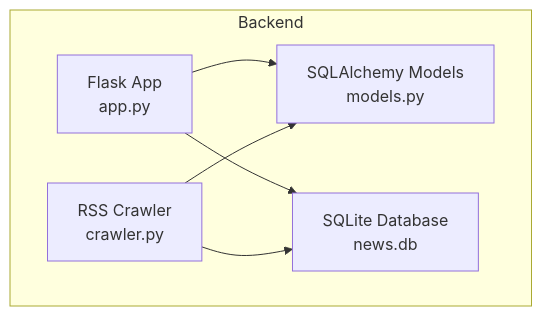
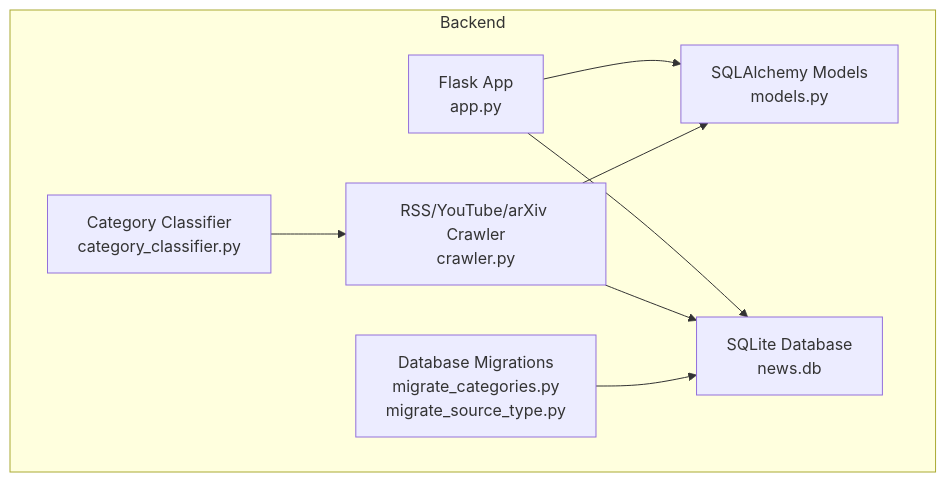
Before and after one commit to zbw-zbw/news-aggregator: the first of 5 diagrams in .qoder/repowiki/en/content/Database Schema Design.md, drawn with Mermaid. The commit also changed other lines of this file and 9 other files, not shown here.

````diff
--- a/.qoder/repowiki/en/content/Database Schema Design.md
+++ b/.qoder/repowiki/en/content/Database Schema Design.md
@@ -31,13 +43,17 @@
 ```mermaid
 graph TB
 subgraph "Backend"
 APP["Flask App<br/>app.py"]
 MODELS["SQLAlchemy Models<br/>models.py"]
-CRAWLER["RSS Crawler<br/>crawler.py"]
+CRAWLER["RSS/YouTube/arXiv Crawler<br/>crawler.py"]
+MIGRATIONS["Database Migrations<br/>migrate_categories.py<br/>migrate_source_type.py"]
+CLASSIFIER["Category Classifier<br/>category_classifier.py"]
 DB["SQLite Database<br/>news.db"]
 end
 APP --> MODELS
 APP --> DB
 CRAWLER --> MODELS
 CRAWLER --> DB
+MIGRATIONS --> DB
+CLASSIFIER --> CRAWLER
 ```
````
